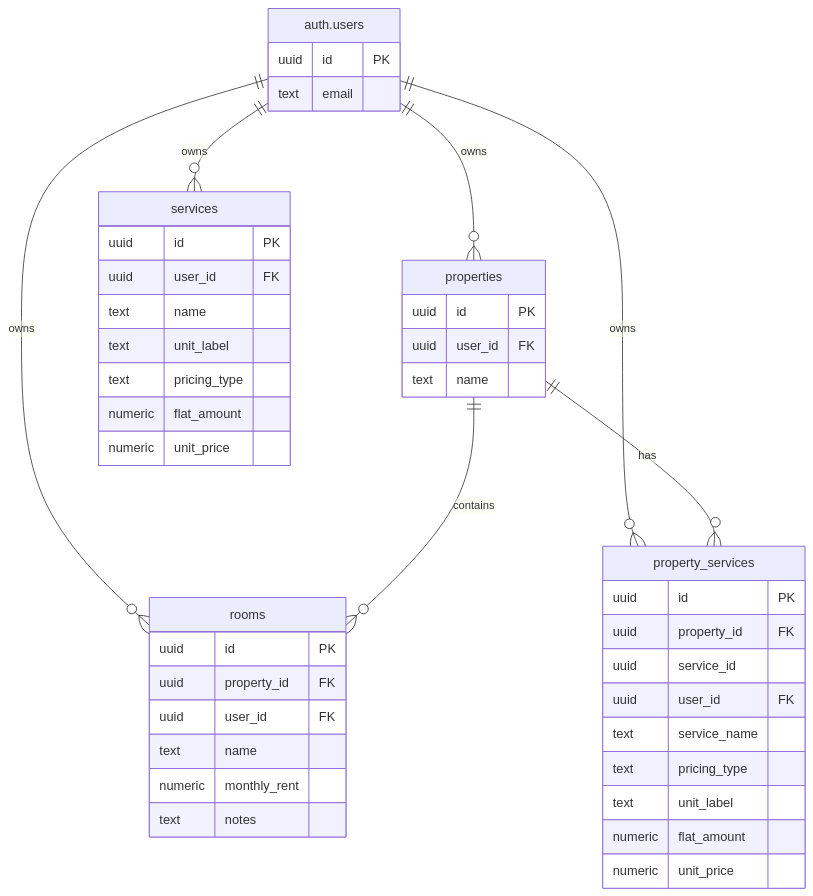
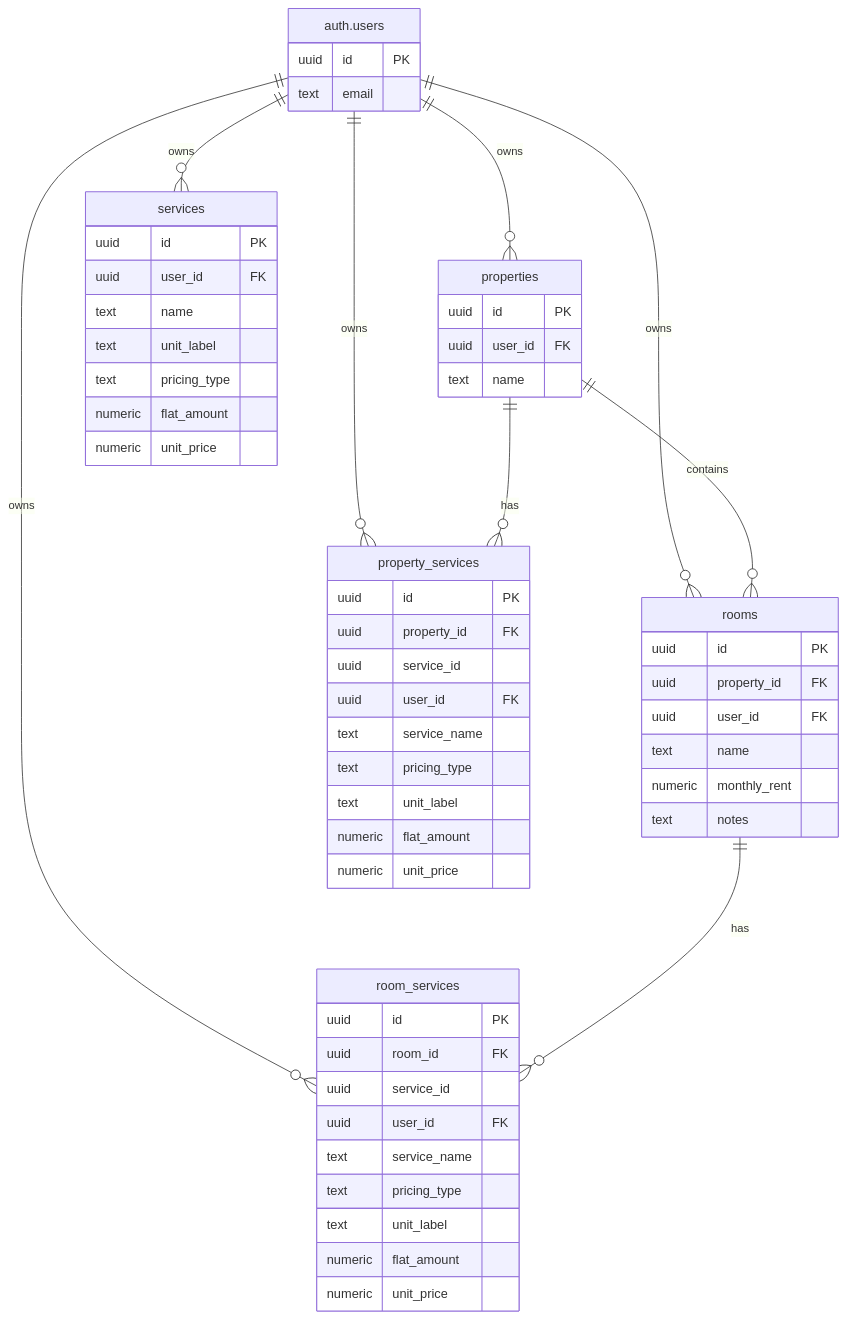
The diagram in docs/database.md (antritue/lumo), drawn with Mermaid before and after one commit. The commit also changed other lines of this file and 8 other files, not shown here.

Commit message:
feat: implement api endpoints for room services

````diff
--- a/docs/database.md
+++ b/docs/database.md
@@ -9,46 +9,59 @@
 ```mermaid
 erDiagram
     "auth.users" ||--o{ properties : "owns"
     "auth.users" ||--o{ rooms : "owns"
     "auth.users" ||--o{ services : "owns"
     "auth.users" ||--o{ property_services : "owns"
+    "auth.users" ||--o{ room_services : "owns"
     properties ||--o{ rooms : "contains"
     properties ||--o{ property_services : "has"
+    rooms ||--o{ room_services : "has"
     "auth.users" {
         uuid id PK
         text email
     }
     properties {
         uuid id PK
         uuid user_id FK
         text name
     }
     rooms {
         uuid id PK
         uuid property_id FK
         uuid user_id FK
         text name
         numeric monthly_rent
         text notes
     }
     services {
         uuid id PK
         uuid user_id FK
         text name
         text unit_label
         text pricing_type
         numeric flat_amount
         numeric unit_price
     }
     property_services {
         uuid id PK
         uuid property_id FK
         uuid service_id
         uuid user_id FK
         text service_name
         text pricing_type
         text unit_label
         numeric flat_amount
         numeric unit_price
     }
+    room_services {
+        uuid id PK
+        uuid room_id FK
+        uuid service_id
+        uuid user_id FK
+        text service_name
+        text pricing_type
+        text unit_label
+        numeric flat_amount
+        numeric unit_price
+    }
 ```
````
